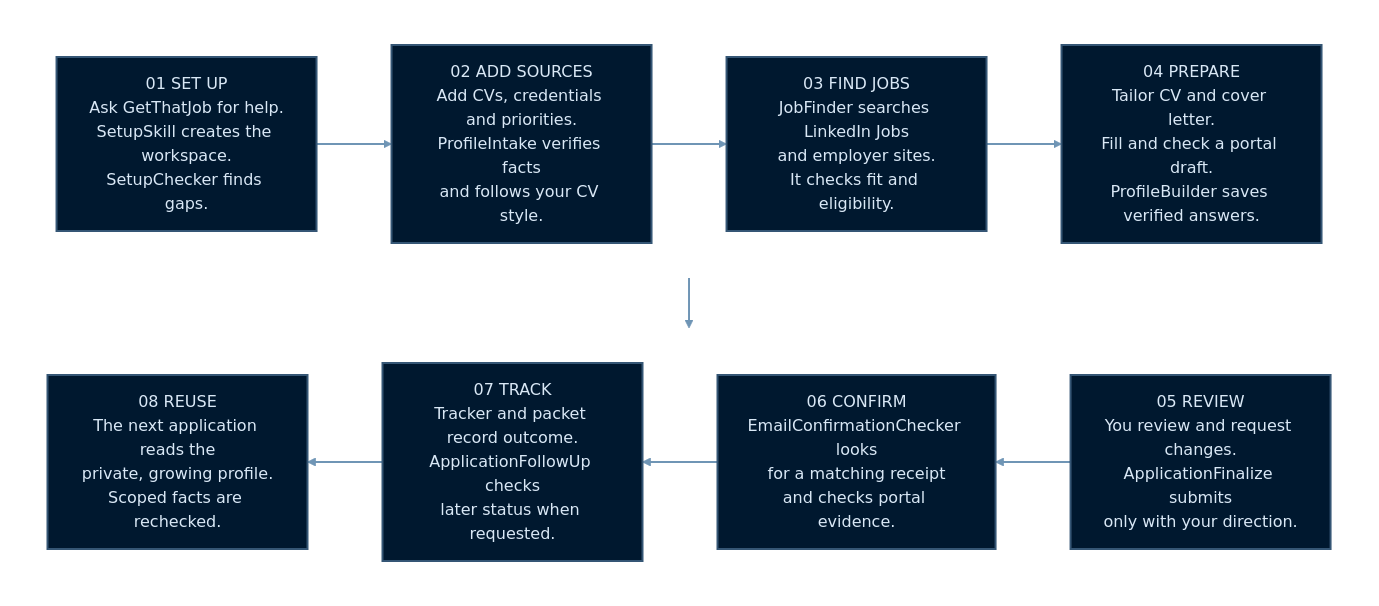
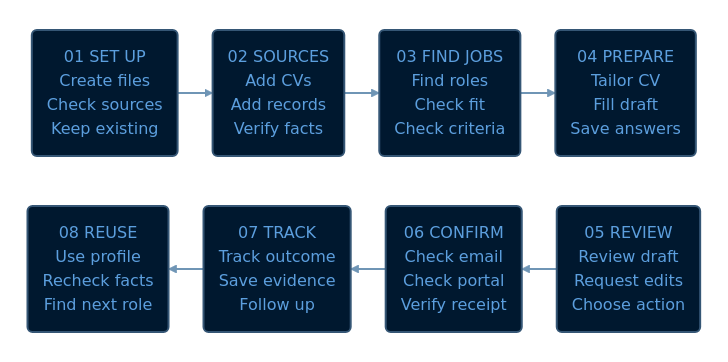
The diagram in README.md (YazanMahaini/GetThatJob), drawn with Mermaid before and after one commit. The commit also changed other lines of this file and 12 other files, not shown here.

````diff
--- a/README.md
+++ b/README.md
@@ -11,17 +13,18 @@
 ```mermaid
+%%{init: {"flowchart": {"rankSpacing": 10, "nodeSpacing": 20}}}%%
 flowchart TB
     subgraph first[" "]
         direction LR
-        A["01 SET UP<br/>Ask GetThatJob for help.<br/>SetupSkill creates the workspace.<br/>SetupChecker finds gaps."] --> B["02 ADD SOURCES<br/>Add CVs, credentials and priorities.<br/>ProfileIntake verifies facts<br/>and follows your CV style."] --> C["03 FIND JOBS<br/>JobFinder searches LinkedIn Jobs<br/>and employer sites.<br/>It checks fit and eligibility."] --> D["04 PREPARE<br/>Tailor CV and cover letter.<br/>Fill and check a portal draft.<br/>ProfileBuilder saves verified answers."]
+        A("01 SET UP<br/>Create files<br/>Check sources<br/>Keep existing") --> B("02 SOURCES<br/>Add CVs<br/>Add records<br/>Verify facts") --> C("03 FIND JOBS<br/>Find roles<br/>Check fit<br/>Check criteria") --> D("04 PREPARE<br/>Tailor CV<br/>Fill draft<br/>Save answers")
     end
     subgraph second[" "]
         direction RL
-        E["05 REVIEW<br/>You review and request changes.<br/>ApplicationFinalize submits<br/>only with your direction."] --> F["06 CONFIRM<br/>EmailConfirmationChecker looks<br/>for a matching receipt<br/>and checks portal evidence."] --> G["07 TRACK<br/>Tracker and packet record outcome.<br/>ApplicationFollowUp checks<br/>later status when requested."] --> H["08 REUSE<br/>The next application reads the<br/>private, growing profile.<br/>Scoped facts are rechecked."]
+        E("05 REVIEW<br/>Review draft<br/>Request edits<br/>Choose action") --> F("06 CONFIRM<br/>Check email<br/>Check portal<br/>Verify receipt") --> G("07 TRACK<br/>Track outcome<br/>Save evidence<br/>Follow up") --> H("08 REUSE<br/>Use profile<br/>Recheck facts<br/>Find next role")
     end
-    first --> second
-    classDef step fill:#00182f,stroke:#355675,color:#d9e8f6,stroke-width:2px;
+    first ~~~ second
+    classDef step fill:#00182f,stroke:#355675,color:#5c9fde,stroke-width:2px,font-size:16px;
     class A,B,C,D,E,F,G,H step;
     style first fill:transparent,stroke:transparent
     style second fill:transparent,stroke:transparent
-    linkStyle default stroke:#6f95b5,stroke-width:2px;
+    linkStyle 0,1,2,3,4,5 stroke:#6f95b5,stroke-width:2px;
 ```
````
